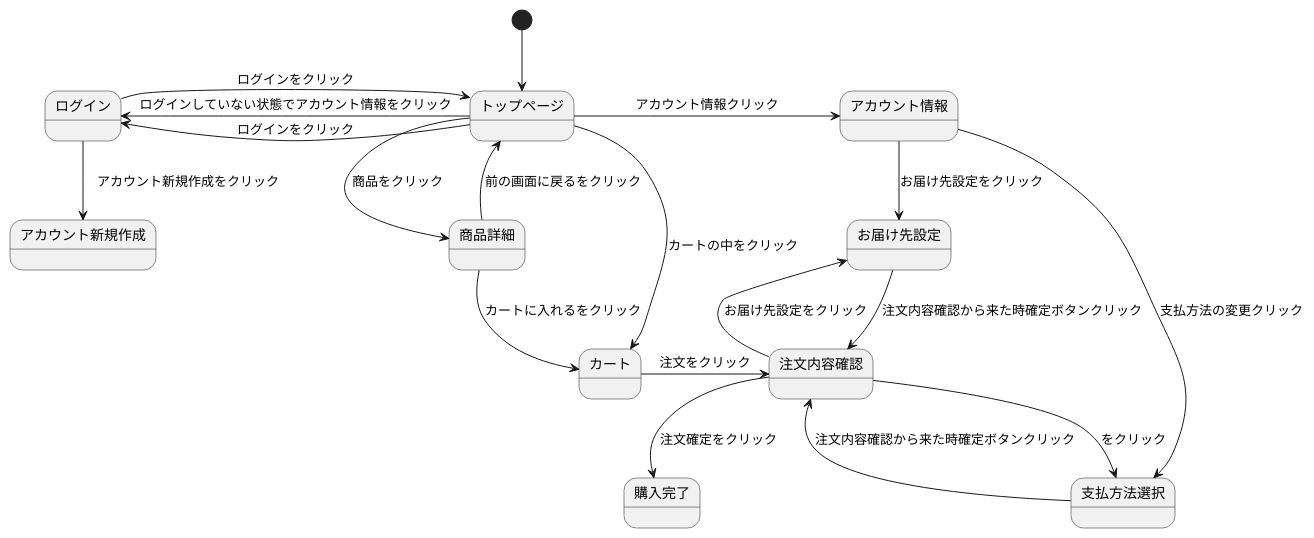
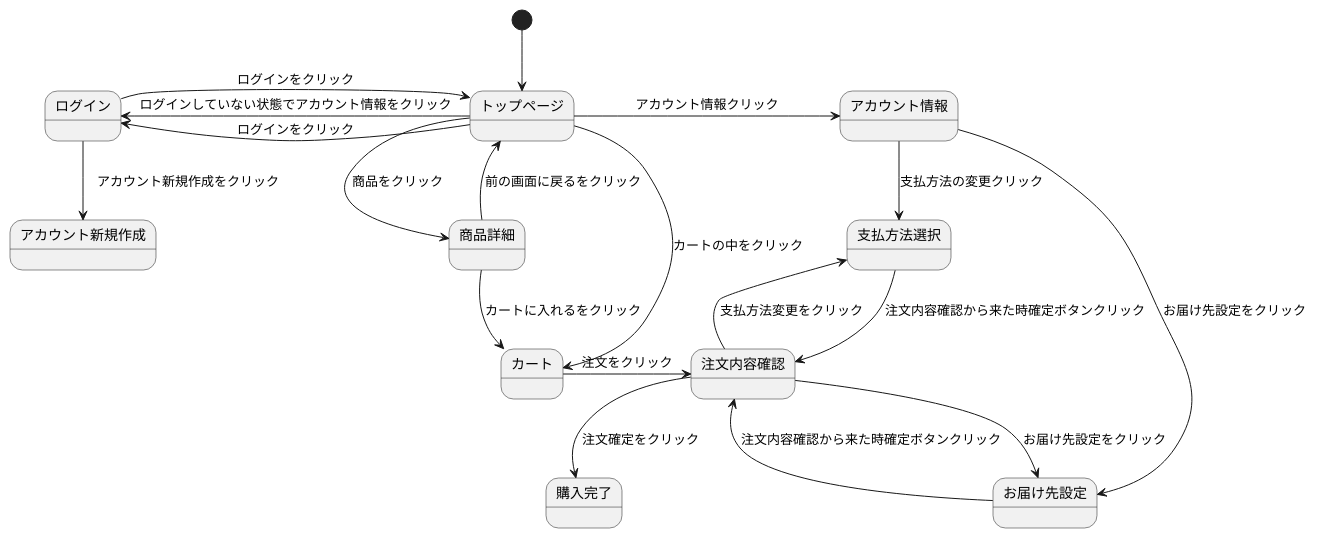
The diagram in sumple_01.md (Aso2001133/2021sys-design), drawn with PlantUML before and after one commit.

````diff
--- a/sumple_01.md
+++ b/sumple_01.md
@@ -1,39 +1,39 @@
 ```uml
 @startuml
 [*] --> トップページ 
 
 トップページ -> アカウント情報 : アカウント情報クリック 
 
 トップページ -left-> ログイン : ログインをクリック
 
 トップページ -left-> ログイン : ログインしていない状態でアカウント情報をクリック
 
 トップページ --> 商品詳細 : 商品をクリック 
 
 トップページ ---> カート : カートの中をクリック 
 
 ログイン -> トップページ : ログインをクリック
 
 ログイン --> アカウント新規作成 :　アカウント新規作成をクリック
 
 アカウント情報 --> 支払方法選択 : 支払方法の変更クリック
 
 アカウント情報 --> お届け先設定 : お届け先設定をクリック 
 
 お届け先設定 --> 注文内容確認  : 注文内容確認から来た時確定ボタンクリック
 
 支払方法選択 --> 注文内容確認  : 注文内容確認から来た時確定ボタンクリック
 
 商品詳細 --> カート : カートに入れるをクリック 
 
 商品詳細 --> トップページ : 前の画面に戻るをクリック 
 
 カート -> 注文内容確認 : 注文をクリック 
 
-注文内容確認 -> 支払方法選択 : をクリック 
+注文内容確認 --> 支払方法選択 : 支払方法変更をクリック 
 
-注文内容確認 -> お届け先設定 : お届け先設定をクリック 
+注文内容確認 --> お届け先設定 : お届け先設定をクリック 
 
 注文内容確認 --> 購入完了 : 注文確定をクリック 
 @enduml
 ```
````
